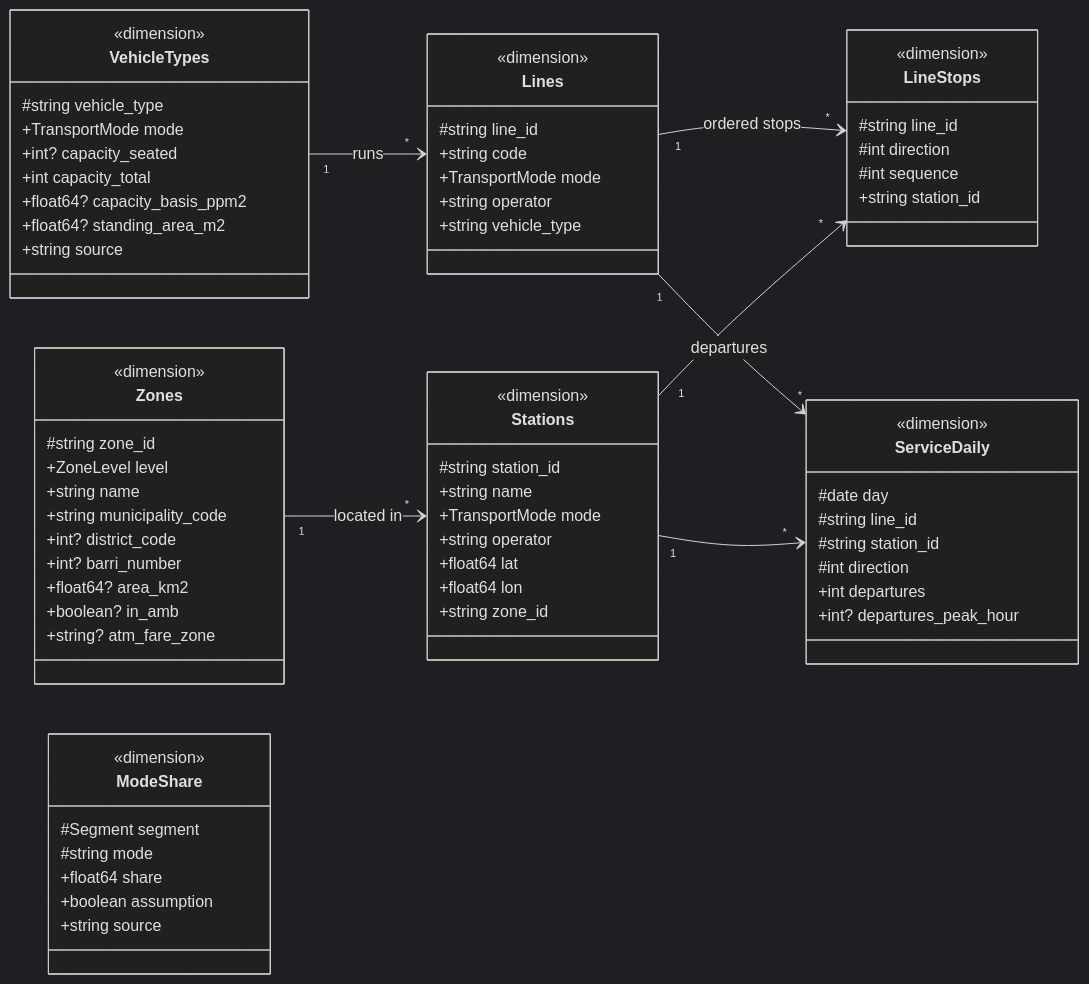
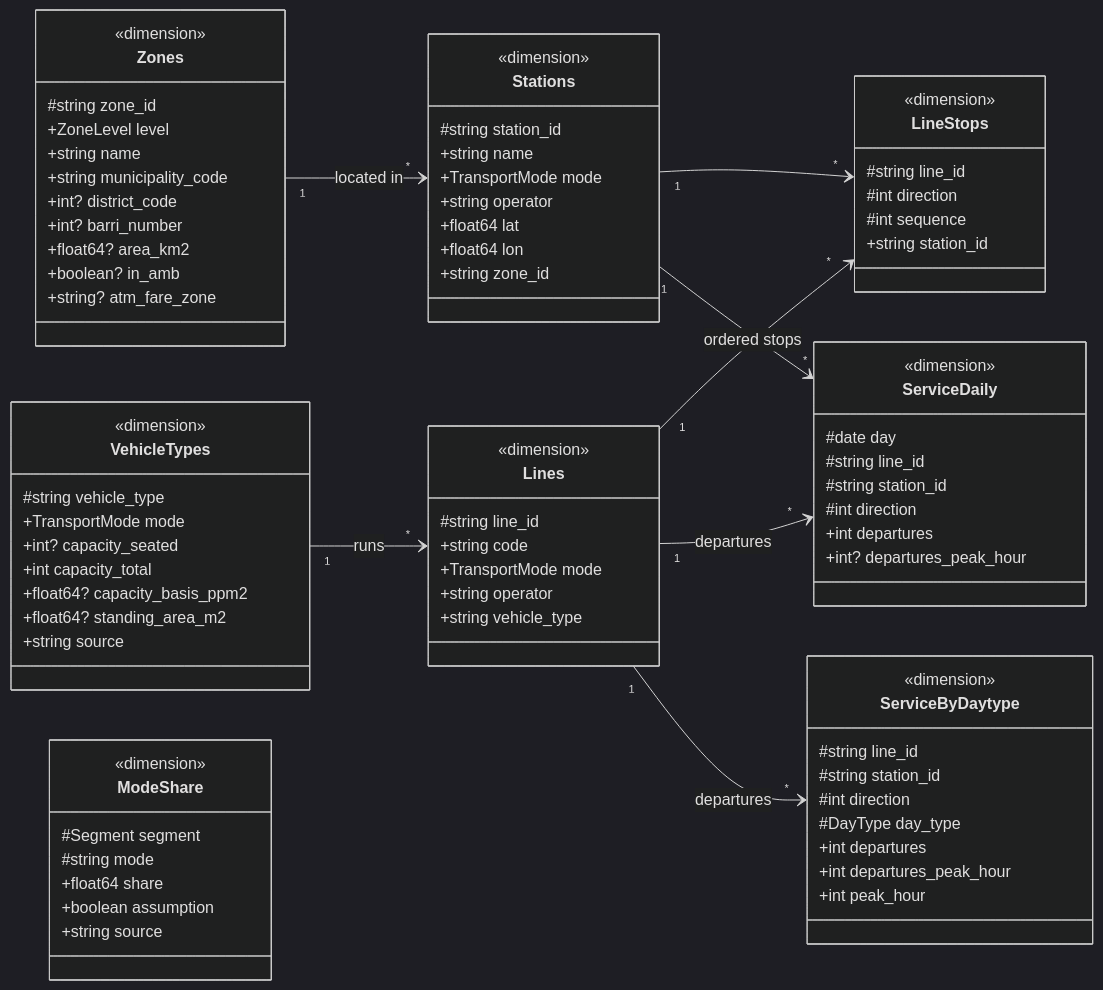
One commit to asteraceae/prisa changed the second of 6 diagrams in docs/data-model.md. Above: the diagram before and after it, drawn with Mermaid (dark theme). The commit also changed other lines of this file and 12 other files, not shown here.

First line of the commit message:
Notebooks 01-06, analysis tests, UML with the new tables

````diff
--- a/docs/data-model.md
+++ b/docs/data-model.md
@@ -111,6 +119,16 @@
     +float64? standing_area_m2
     +string source
   }
+  class ServiceByDaytype {
+    <<dimension>>
+    #string line_id
+    #string station_id
+    #int direction
+    #DayType day_type
+    +int departures
+    +int departures_peak_hour
+    +int peak_hour
+  }
   class ServiceDaily {
     <<dimension>>
     #date day
@@ -134,4 +152,5 @@
   VehicleTypes "1" --> "*" Lines : runs
   Lines "1" --> "*" ServiceDaily : departures
   Stations "1" --> "*" ServiceDaily
+  Lines "1" --> "*" ServiceByDaytype : departures
 ```
````
